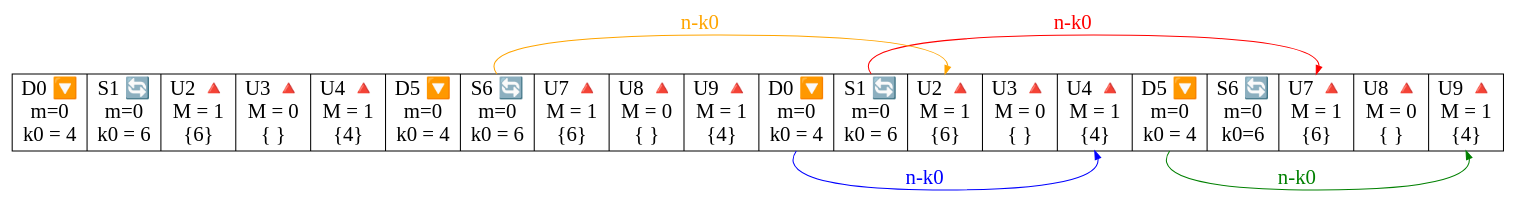
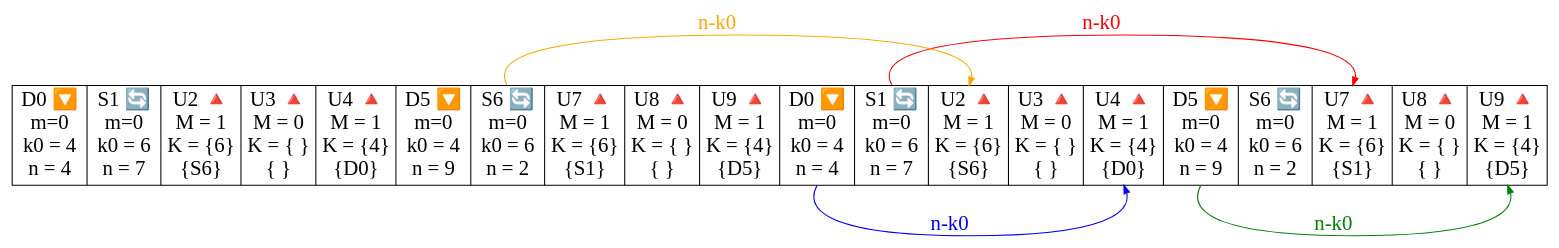
Before and after one commit to gaosiyan/gaosiyan.github.io: the diagram in static/graphviz/00001.dot, drawn with Graphviz. The commit also changed 6 other files, not shown here.

Commit message:
增加用于输出 Graphviz 的 Python 代码目录

```diff
--- a/static/graphviz/00001.dot
+++ b/static/graphviz/00001.dot
@@ -1,32 +1,32 @@
 // 配比 0 HARQ-ACK 反馈时序
 
 digraph structs {
     node [fontname = "Microsoft YaHei"; fontsize=20; shape = record;]; // 设置全局节点属性
     edge [fontname = "Microsoft YaHei"; fontsize=20; minlen = 2; style = "solid"; arrowsize = 0.8;]; // 设置全局连线属性
 
-    subfrm [label = "<S00>D0 🔽\nm=0\nk0 = 4|
-                     <S01>S1 🔄\nm=0\nk0 = 6|
-                     <S02>U2 🔺\nM = 1\n\{6\}|
-                     <S03>U3 🔺\nM = 0\n\{ \}|
-                     <S04>U4 🔺\nM = 1\n\{4\}|
-                     <S05>D5 🔽\nm=0\nk0 = 4|
-                     <S06>S6 🔄\nm=0\nk0 = 6|
-                     <S07>U7 🔺\nM = 1\n\{6\}|
-                     <S08>U8 🔺\nM = 0\n\{ \}|
-                     <S09>U9 🔺\nM = 1\n\{4\}|
-                     <S10>D0 🔽\nm=0\nk0 = 4|
-                     <S11>S1 🔄\nm=0\nk0 = 6|
-                     <S12>U2 🔺\nM = 1\n\{6\}|
-                     <S13>U3 🔺\nM = 0\n\{ \}|
-                     <S14>U4 🔺\nM = 1\n\{4\}|
-                     <S15>D5 🔽\nm=0\nk0 = 4|
-                     <S16>S6 🔄\nm=0\nk0=6|
-                     <S17>U7 🔺\nM = 1\n\{6\}|
-                     <S18>U8 🔺\nM = 0\n\{ \}|
-                     <S19>U9 🔺\nM = 1\n\{4\}";];      
+    subfrm [label = "<S00>D0 🔽\nm=0\nk0 = 4\nn = 4|
+                     <S01>S1 🔄\nm=0\nk0 = 6\nn = 7|
+                     <S02>U2 🔺\nM = 1\nK = \{6\}\n\{S6\}|
+                     <S03>U3 🔺\nM = 0\nK = \{ \}\n\{ \}|
+                     <S04>U4 🔺\nM = 1\nK = \{4\}\n\{D0\}|
+                     <S05>D5 🔽\nm=0\nk0 = 4\nn = 9|
+                     <S06>S6 🔄\nm=0\nk0 = 6\nn = 2|
+                     <S07>U7 🔺\nM = 1\nK = \{6\}\n\{S1\}|
+                     <S08>U8 🔺\nM = 0\nK = \{ \}\n\{ \}|
+                     <S09>U9 🔺\nM = 1\nK = \{4\}\n\{D5\}|
+                     <S10>D0 🔽\nm=0\nk0 = 4\nn = 4|
+                     <S11>S1 🔄\nm=0\nk0 = 6\nn = 7|
+                     <S12>U2 🔺\nM = 1\nK = \{6\}\n\{S6\}|
+                     <S13>U3 🔺\nM = 0\nK = \{ \}\n\{ \}|
+                     <S14>U4 🔺\nM = 1\nK = \{4\}\n\{D0\}|
+                     <S15>D5 🔽\nm=0\nk0 = 4\nn = 9|
+                     <S16>S6 🔄\nm=0\nk0 = 6\nn = 2|
+                     <S17>U7 🔺\nM = 1\nK = \{6\}\n\{S1\}|
+                     <S18>U8 🔺\nM = 0\nK = \{ \}\n\{ \}|
+                     <S19>U9 🔺\nM = 1\nK = \{4\}\n\{D5\}";];      
     
     subfrm:S10:s -> subfrm:S14:s [xlabel = "n-k0"; color = blue; fontcolor = blue;];
     subfrm:S11:n -> subfrm:S17:n [xlabel = "n-k0"; color = red; fontcolor = red;];
     subfrm:S15:s -> subfrm:S19:s [xlabel = "n-k0"; color = green; fontcolor = green;];
     subfrm:S06:n -> subfrm:S12:n [xlabel = "n-k0"; color = orange; fontcolor = orange;];
 }
```
